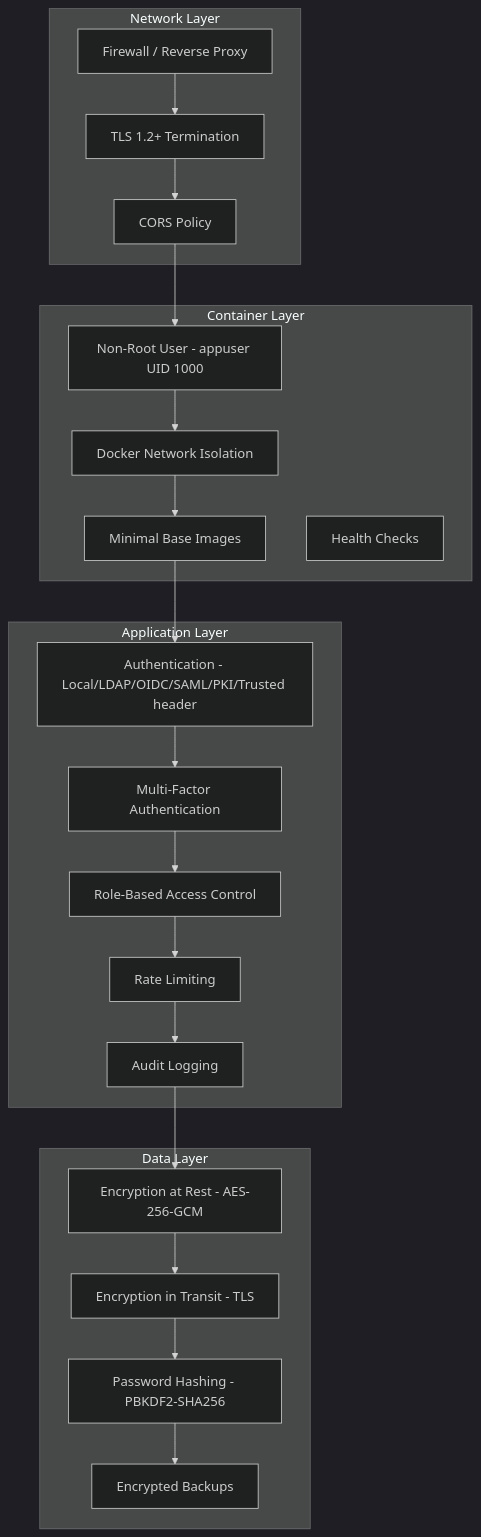
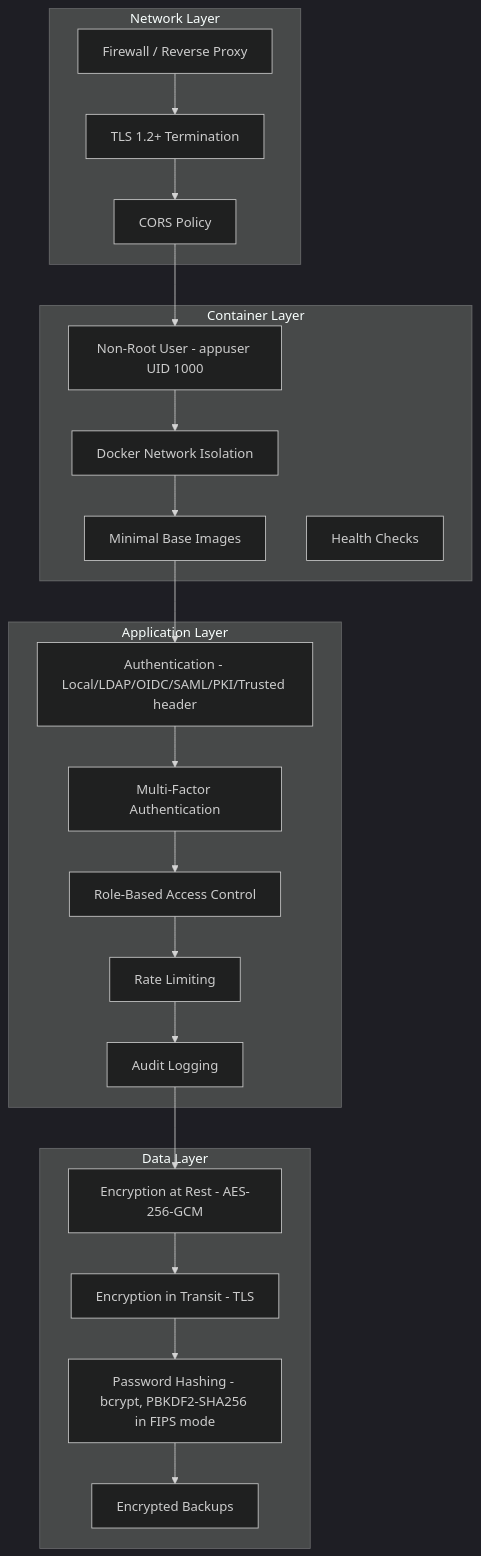
One commit to attevon-llc/OpenTranscribe changed the diagram in docs-site/docs/operations/security-hardening.md. Above: the diagram before and after it, drawn with Mermaid (dark theme).

Commit message:
docs(security): the hardening diagram names bcrypt as the default hash and PBKDF2 for FIPS mode

````diff
--- a/docs-site/docs/operations/security-hardening.md
+++ b/docs-site/docs/operations/security-hardening.md
@@ -13,34 +13,34 @@
 ```mermaid
 graph TB
     subgraph Network["Network Layer"]
         FW[Firewall / Reverse Proxy]
         TLS[TLS 1.2+ Termination]
         CORS[CORS Policy]
     end
 
     subgraph Container["Container Layer"]
         NR[Non-Root User - appuser UID 1000]
         ISO[Docker Network Isolation]
         IMG[Minimal Base Images]
         HC[Health Checks]
     end
 
     subgraph Application["Application Layer"]
         AUTH[Authentication - Local/LDAP/OIDC/SAML/PKI/Trusted header]
         MFA[Multi-Factor Authentication]
         RBAC[Role-Based Access Control]
         RL[Rate Limiting]
         AUDIT[Audit Logging]
     end
 
     subgraph Data["Data Layer"]
         EAR[Encryption at Rest - AES-256-GCM]
         EIT[Encryption in Transit - TLS]
-        HASH[Password Hashing - PBKDF2-SHA256]
+        HASH[Password Hashing - bcrypt, PBKDF2-SHA256 in FIPS mode]
         BACKUP[Encrypted Backups]
     end
 
     FW --> TLS --> CORS --> NR --> ISO --> IMG
     IMG --> AUTH --> MFA --> RBAC --> RL --> AUDIT
     AUDIT --> EAR --> EIT --> HASH --> BACKUP
 ```
````
